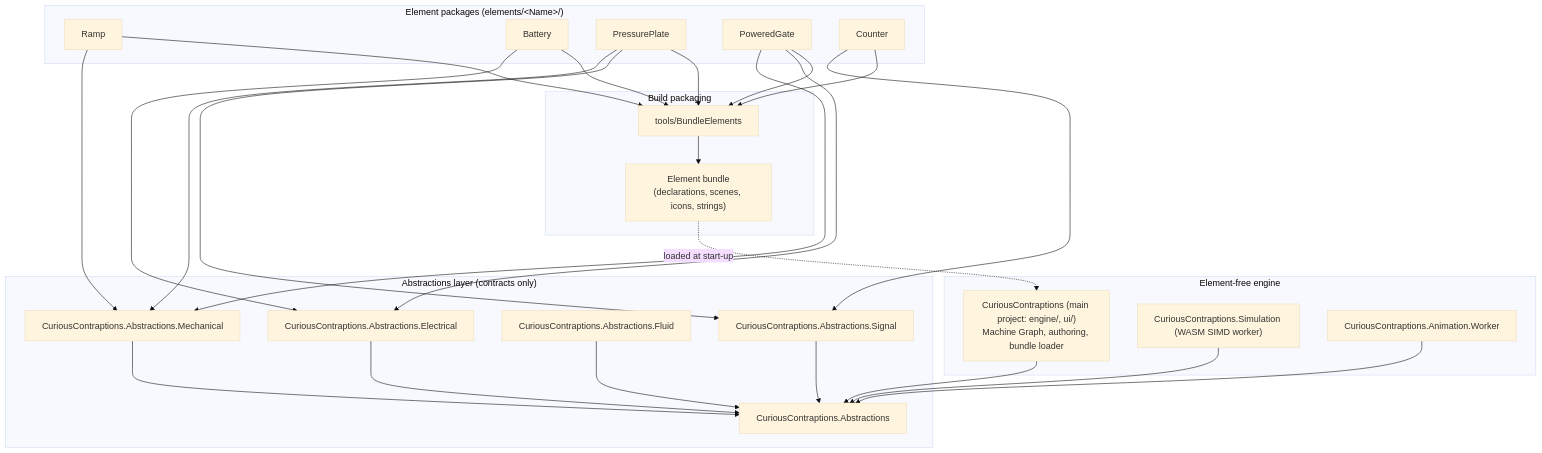
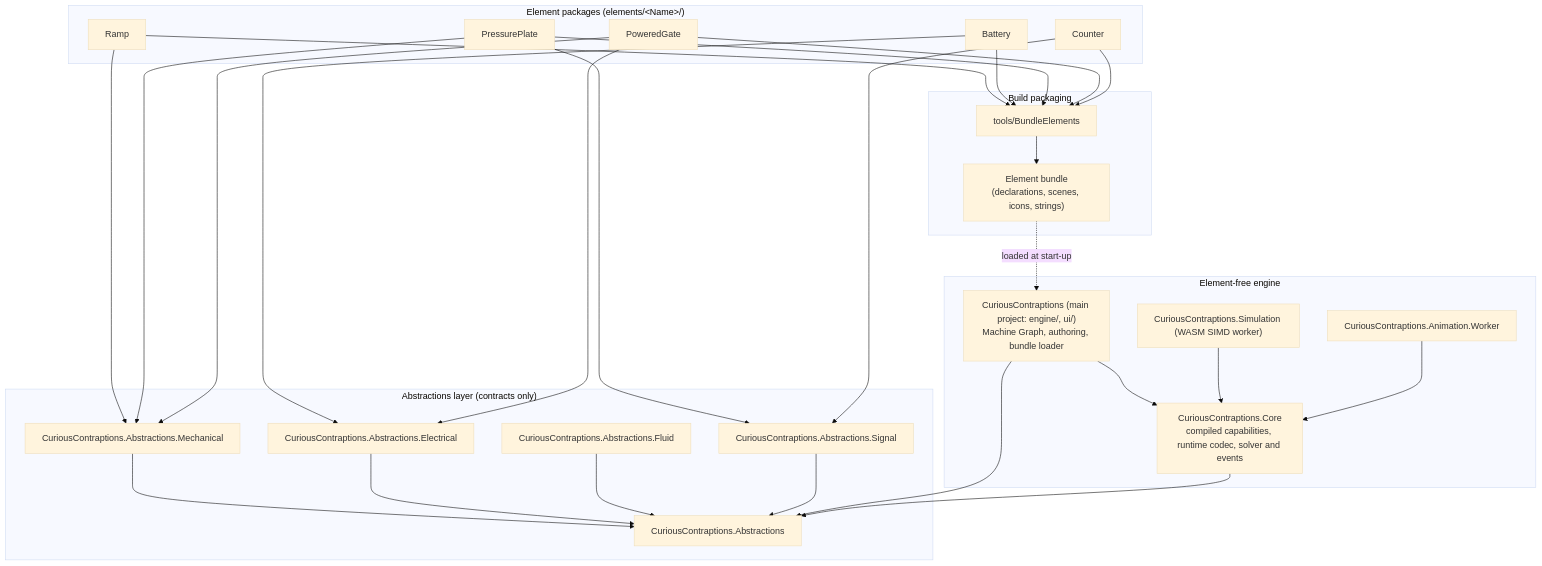
Before and after one commit to aidanmorgan/tim: the diagram in docs/architecture/element-package-isolation.md, drawn with Mermaid (base theme). The commit also changed other lines of this file and 215 other files, not shown here.

Commit message:
Isolate compiled runtime from element authoring

````diff
--- a/docs/architecture/element-package-isolation.md
+++ b/docs/architecture/element-package-isolation.md
@@ -39,45 +39,48 @@
 ```mermaid
 graph TD
     subgraph "Abstractions layer (contracts only)"
         GEN["CuriousContraptions.Abstractions"]
         MECH["CuriousContraptions.Abstractions.Mechanical"]
         ELEC["CuriousContraptions.Abstractions.Electrical"]
         FLUID["CuriousContraptions.Abstractions.Fluid"]
         SIG["CuriousContraptions.Abstractions.Signal"]
         MECH --> GEN
         ELEC --> GEN
         FLUID --> GEN
         SIG --> GEN
     end
 
     subgraph "Element packages (elements/&lt;Name&gt;/)"
         E_RAMP["Ramp"] --> MECH
         E_BATT["Battery"] --> ELEC
         E_PLATE["PressurePlate"] --> MECH
         E_PLATE --> SIG
         E_GATE["PoweredGate"] --> MECH
         E_GATE --> ELEC
         E_COUNT["Counter"] --> SIG
     end
 
     subgraph "Element-free engine"
         MAIN["CuriousContraptions (main project: engine/, ui/)<br/>Machine Graph, authoring, bundle loader"]
         SIM["CuriousContraptions.Simulation (WASM SIMD worker)"]
         ANIM["CuriousContraptions.Animation.Worker"]
         MAIN --> GEN
-        SIM --> GEN
-        ANIM --> GEN
+        CORE["CuriousContraptions.Core<br/>compiled capabilities, runtime codec, solver and events"]
+        MAIN --> CORE
+        SIM --> CORE
+        ANIM --> CORE
+        CORE --> GEN
     end
 
     subgraph "Build packaging"
         BUILD["tools/BundleElements"]
         E_RAMP --> BUILD
         E_BATT --> BUILD
         E_PLATE --> BUILD
         E_GATE --> BUILD
         E_COUNT --> BUILD
         BUNDLE["Element bundle<br/>(declarations, scenes, icons, strings)"]
         BUILD --> BUNDLE
         BUNDLE -.->|"loaded at start-up"| MAIN
     end
 ```
````
